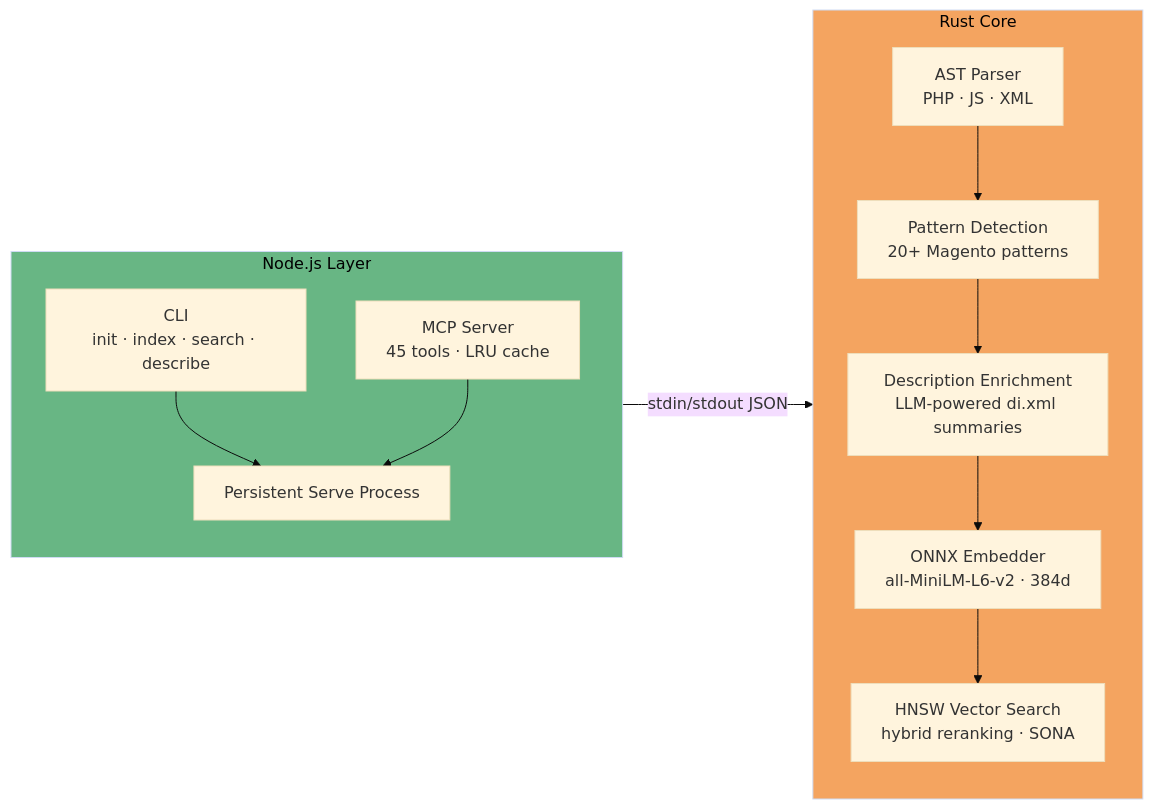
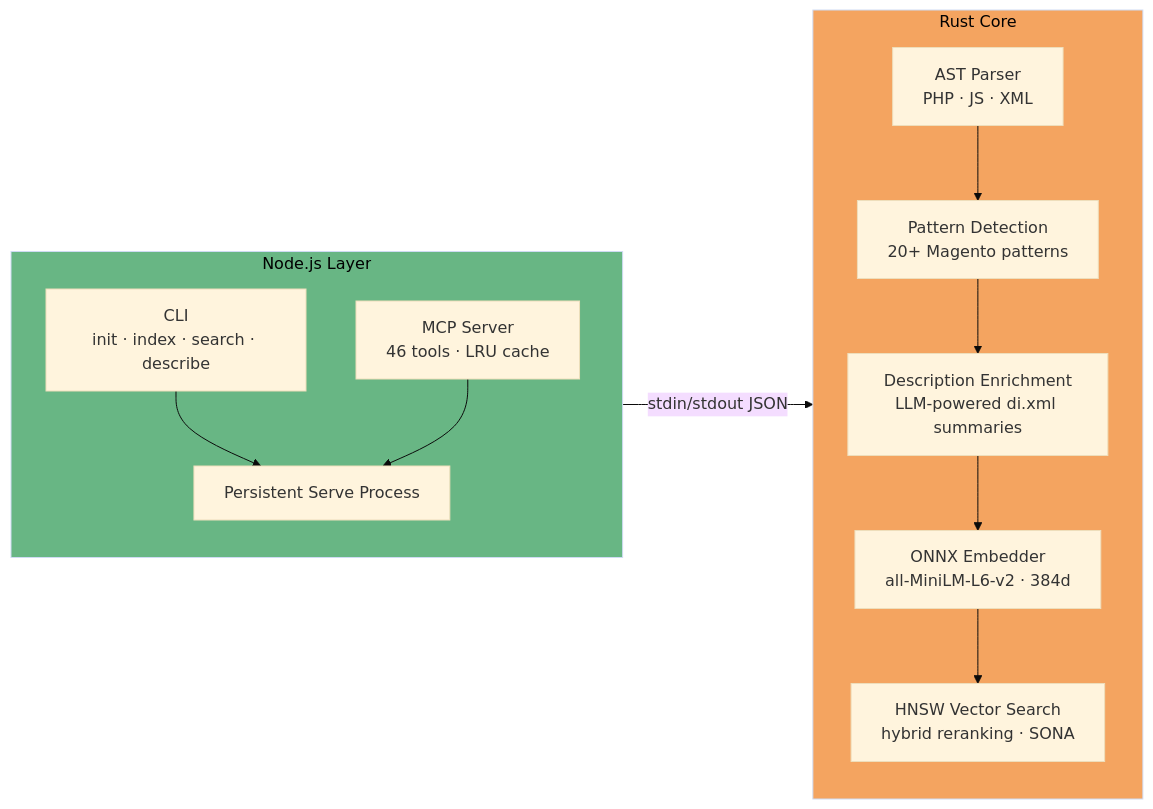
One commit to krejcif/magector changed the first of 11 diagrams in README.md. Above: the diagram before and after it, drawn with Mermaid (base theme). The commit also changed other lines of this file and 3 other files, not shown here.

````diff
--- a/README.md
+++ b/README.md
@@ -68,26 +68,26 @@
 ```mermaid
 flowchart LR
   subgraph node ["Node.js Layer"]
     direction TB
     G["CLI<br/>init · index · search · describe"]
-    E["MCP Server<br/>45 tools · LRU cache"]
+    E["MCP Server<br/>46 tools · LRU cache"]
     F["Persistent Serve Process"]
     G --> F
     E --> F
   end
 
   F -->|"stdin/stdout JSON"| rust
 
   subgraph rust ["Rust Core"]
     direction TB
     A["AST Parser<br/>PHP · JS · XML"]
     B["Pattern Detection<br/>20+ Magento patterns"]
     B2["Description Enrichment<br/>LLM-powered di.xml summaries"]
     C["ONNX Embedder<br/>all-MiniLM-L6-v2 · 384d"]
     D["HNSW Vector Search<br/>hybrid reranking · SONA"]
     A --> B --> B2 --> C --> D
   end
 
   style rust fill:#f4a460,color:#000
   style node fill:#68b684,color:#000
 ```
````
